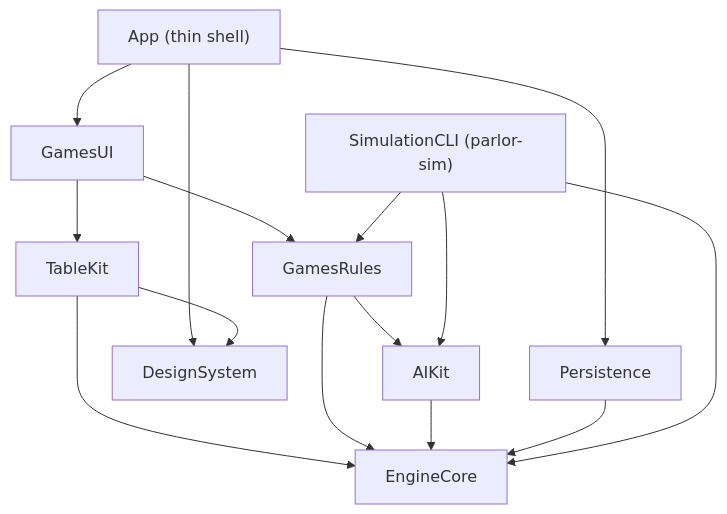
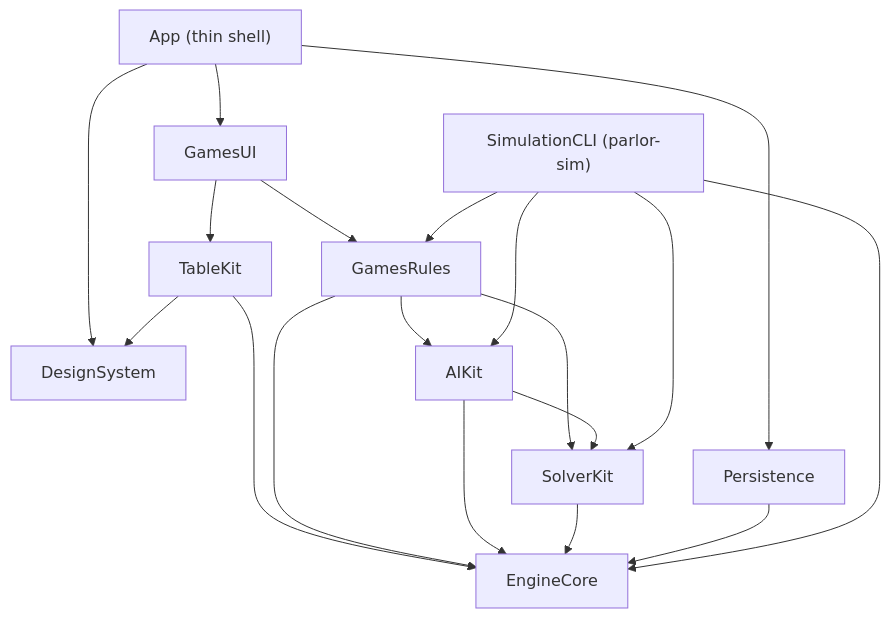
One commit to qualheim/Parlor changed the diagram in Docs/Architecture.md. Above: the diagram before and after it, drawn with Mermaid. The commit also changed other lines of this file and 24 other files, not shown here.

````diff
--- a/Docs/Architecture.md
+++ b/Docs/Architecture.md
@@ -21,17 +21,21 @@
 ```mermaid
 graph TD
     App["App (thin shell)"] --> GamesUI["GamesUI"]
     App --> Persistence
     App --> DesignSystem
     GamesUI --> GamesRules["GamesRules"]
     GamesUI --> TableKit
     TableKit --> DesignSystem
     TableKit --> EngineCore
     GamesRules --> AIKit
     GamesRules --> EngineCore
+    GamesRules --> SolverKit
     AIKit --> EngineCore
+    AIKit --> SolverKit
+    SolverKit --> EngineCore
     Persistence --> EngineCore
     SimulationCLI["SimulationCLI (parlor-sim)"] --> GamesRules
     SimulationCLI --> AIKit
     SimulationCLI --> EngineCore
+    SimulationCLI --> SolverKit
 ```
````
